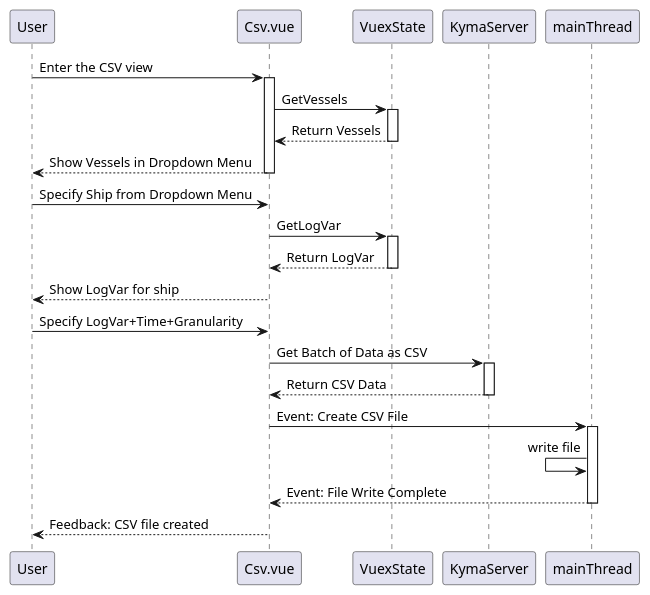
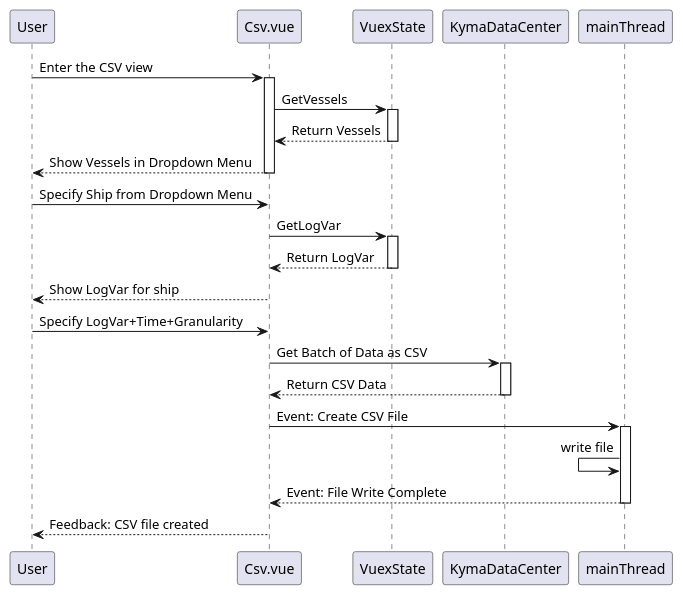
One commit to kyma-as/api-dashboard changed the diagram in Models/csv.puml. Above: the diagram before and after it, drawn with PlantUML. The commit also changed 1 other file, not shown here.

```diff
--- a/Models/csv.puml
+++ b/Models/csv.puml
@@ -1,31 +1,31 @@
 @startuml
 User->Csv.vue:Enter the CSV view
 activate Csv.vue
 
 Csv.vue->VuexState:GetVessels
 activate VuexState
 return Return Vessels
 return Show Vessels in Dropdown Menu
 
 User->Csv.vue:Specify Ship from Dropdown Menu
 Csv.vue->VuexState:GetLogVar
 activate VuexState
 return Return LogVar
 
 User<--Csv.vue:Show LogVar for ship
 User->Csv.vue:Specify LogVar+Time+Granularity
 
-Csv.vue->KymaServer:Get Batch of Data as CSV
-activate KymaServer
-Csv.vue<--KymaServer:Return CSV Data
-deactivate KymaServer
+Csv.vue->KymaDataCenter:Get Batch of Data as CSV
+activate KymaDataCenter
+Csv.vue<--KymaDataCenter:Return CSV Data
+deactivate KymaDataCenter
 
 Csv.vue->mainThread:Event: Create CSV File
 activate mainThread
 mainThread<-mainThread:write file
 return Event: File Write Complete
 
 User<--Csv.vue:Feedback: CSV file created
 
 deactivate Csv.vue
 @enduml
```
